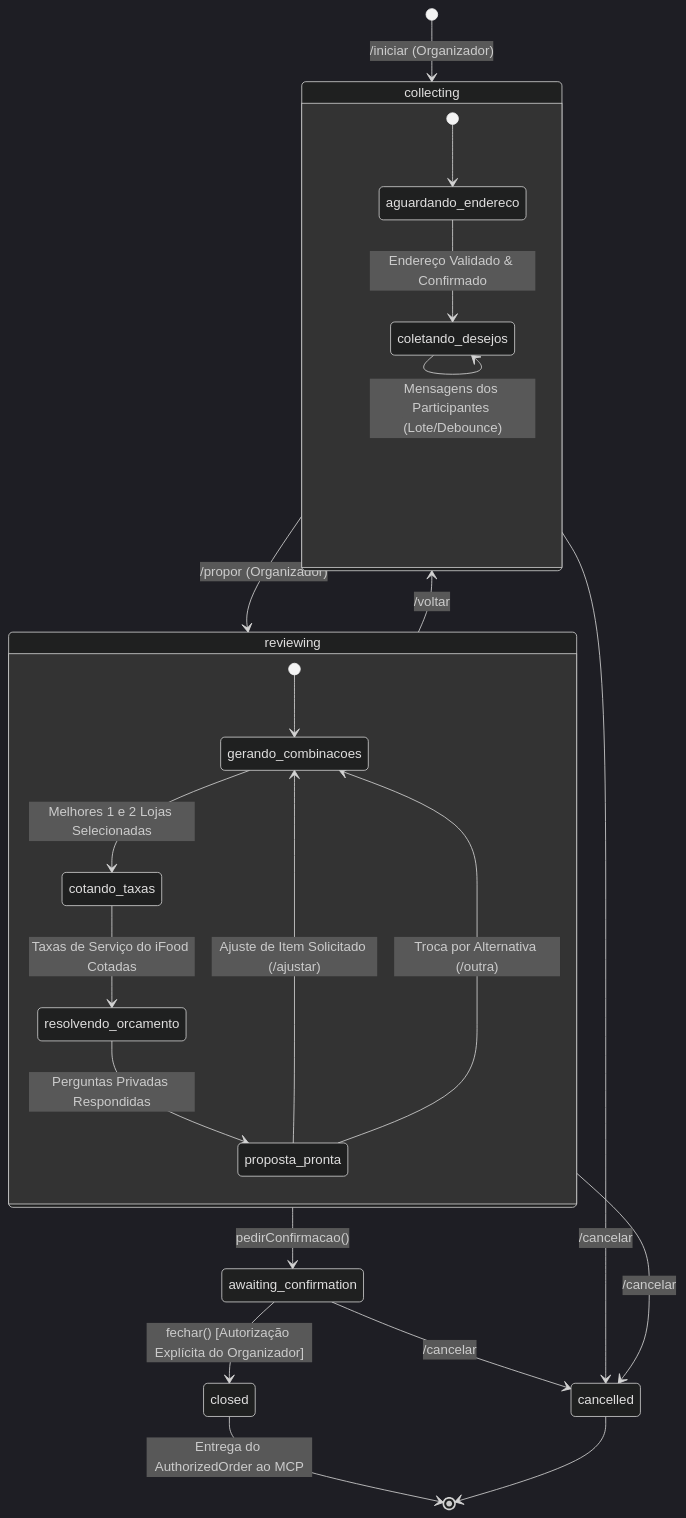
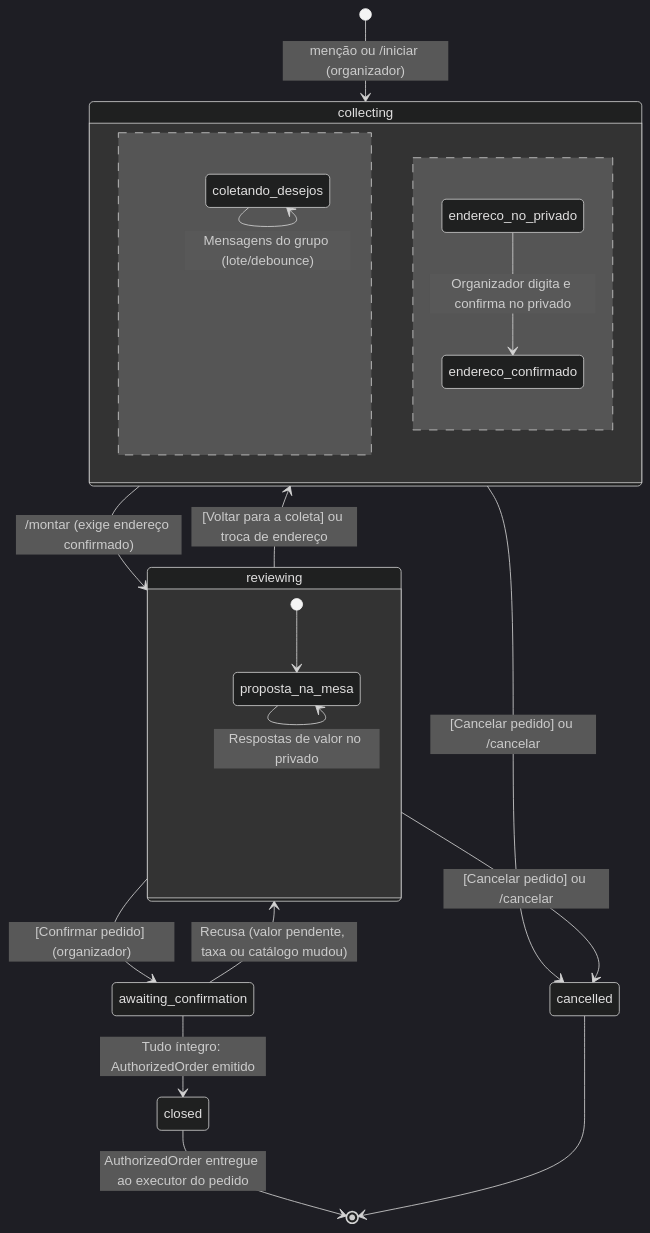
Before and after one commit to andreiolicar/foodjam: the first of 3 diagrams in entregaveis/02-desenho-de-solucao.md, drawn with Mermaid (dark theme). The commit also changed other lines of this file and 68 other files, not shown here.

````diff
--- a/entregaveis/02-desenho-de-solucao.md
+++ b/entregaveis/02-desenho-de-solucao.md
@@ -35,33 +35,30 @@
 ```mermaid
 stateDiagram-v2
-    [*] --> collecting: /iniciar (Organizador)
-    
+    [*] --> collecting: menção ou /iniciar (organizador)
+
     state collecting {
-        [*] --> aguardando_endereco
-        aguardando_endereco --> coletando_desejos: Endereço Validado & Confirmado
-        coletando_desejos --> coletando_desejos: Mensagens dos Participantes (Lote/Debounce)
+        coletando_desejos --> coletando_desejos: Mensagens do grupo (lote/debounce)
+        --
+        endereco_no_privado --> endereco_confirmado: Organizador digita e confirma no privado
     }
 
-    collecting --> reviewing: /propor (Organizador)
-    
+    collecting --> reviewing: /montar (exige endereço confirmado)
+
     state reviewing {
-        [*] --> gerando_combinacoes
-        gerando_combinacoes --> cotando_taxas: Melhores 1 e 2 Lojas Selecionadas
-        cotando_taxas --> resolvendo_orcamento: Taxas de Serviço do iFood Cotadas
-        resolvendo_orcamento --> proposta_pronta: Perguntas Privadas Respondidas
-        proposta_pronta --> gerando_combinacoes: Ajuste de Item Solicitado (/ajustar)
-        proposta_pronta --> gerando_combinacoes: Troca por Alternativa (/outra)
+        [*] --> proposta_na_mesa
+        proposta_na_mesa --> proposta_na_mesa: Ajuste por texto no grupo ("troca o meu por...")
+        proposta_na_mesa --> proposta_na_mesa: [Outra opção] (troca com a alternativa)
+        proposta_na_mesa --> proposta_na_mesa: Respostas de valor no privado
     }
 
-    reviewing --> collecting: /voltar
-    reviewing --> awaiting_confirmation: pedirConfirmacao()
-    
-    awaiting_confirmation --> closed: fechar() [Autorização Explícita do Organizador]
-    
-    collecting --> cancelled: /cancelar
-    reviewing --> cancelled: /cancelar
-    awaiting_confirmation --> cancelled: /cancelar
+    reviewing --> collecting: [Voltar para a coleta] ou troca de endereço
+    reviewing --> awaiting_confirmation: [Confirmar pedido] (organizador)
+    awaiting_confirmation --> reviewing: Recusa (valor pendente, taxa ou catálogo mudou)
+    awaiting_confirmation --> closed: Tudo íntegro: AuthorizedOrder emitido
 
-    closed --> [*]: Entrega do AuthorizedOrder ao MCP
+    collecting --> cancelled: [Cancelar pedido] ou /cancelar
+    reviewing --> cancelled: [Cancelar pedido] ou /cancelar
+
+    closed --> [*]: AuthorizedOrder entregue ao executor do pedido
     cancelled --> [*]
 ```
````
